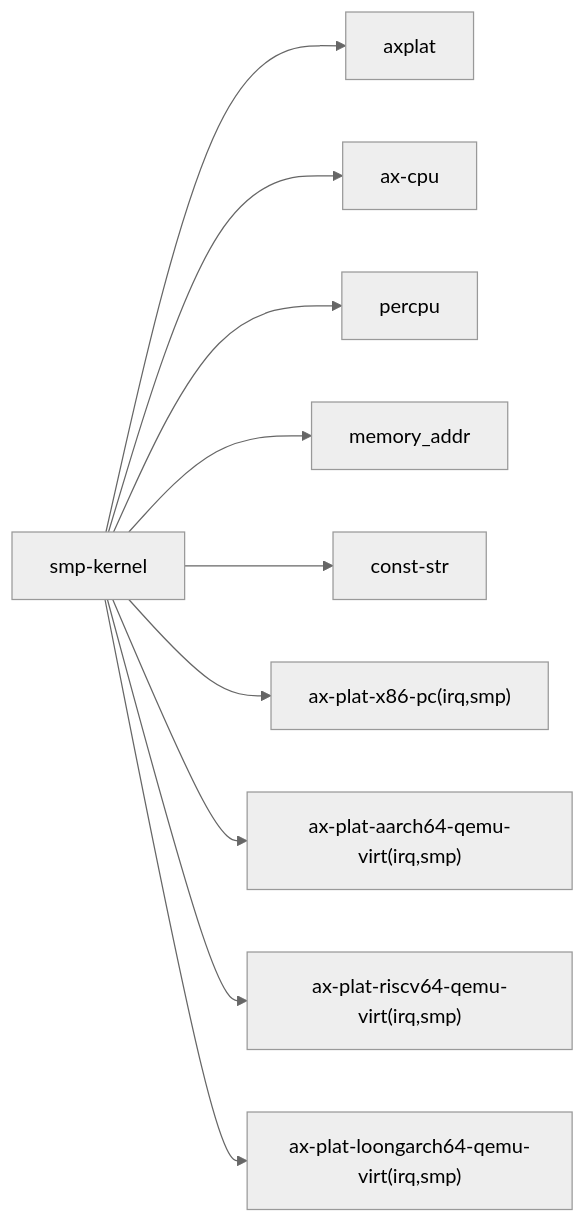
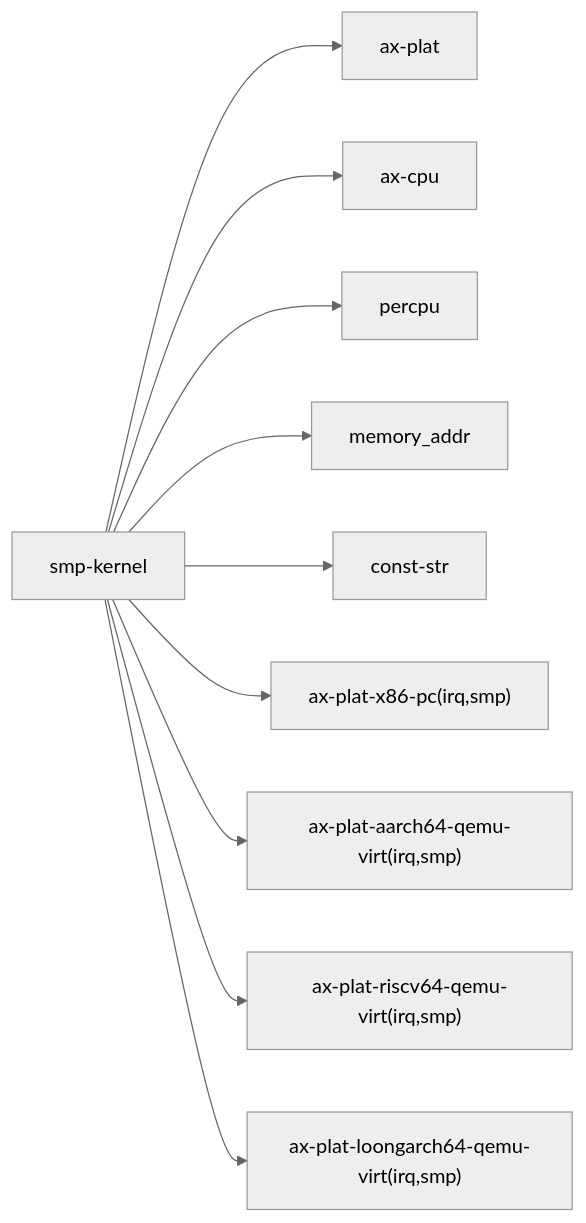
The third of 3 diagrams in docs/crates/smp-kernel.md (zKurisu/tgoskits), drawn with Mermaid (neutral theme) before and after one commit. The commit also changed other lines of this file and 199 other files, not shown here.

Commit message:
rename axplat to ax-plat

````diff
--- a/docs/crates/smp-kernel.md
+++ b/docs/crates/smp-kernel.md
@@ -98,12 +98,12 @@
 ```mermaid
 graph LR
-    sample["smp-kernel"] --> axplat["axplat"]
+    sample["smp-kernel"] --> axplat["ax-plat"]
     sample --> ax-cpu["ax-cpu"]
     sample --> percpu["percpu"]
     sample --> memaddr["memory_addr"]
     sample --> conststr["const-str"]
     sample --> x86["ax-plat-x86-pc(irq,smp)"]
     sample --> a64["ax-plat-aarch64-qemu-virt(irq,smp)"]
     sample --> rv["ax-plat-riscv64-qemu-virt(irq,smp)"]
     sample --> loong["ax-plat-loongarch64-qemu-virt(irq,smp)"]
 ```
````
